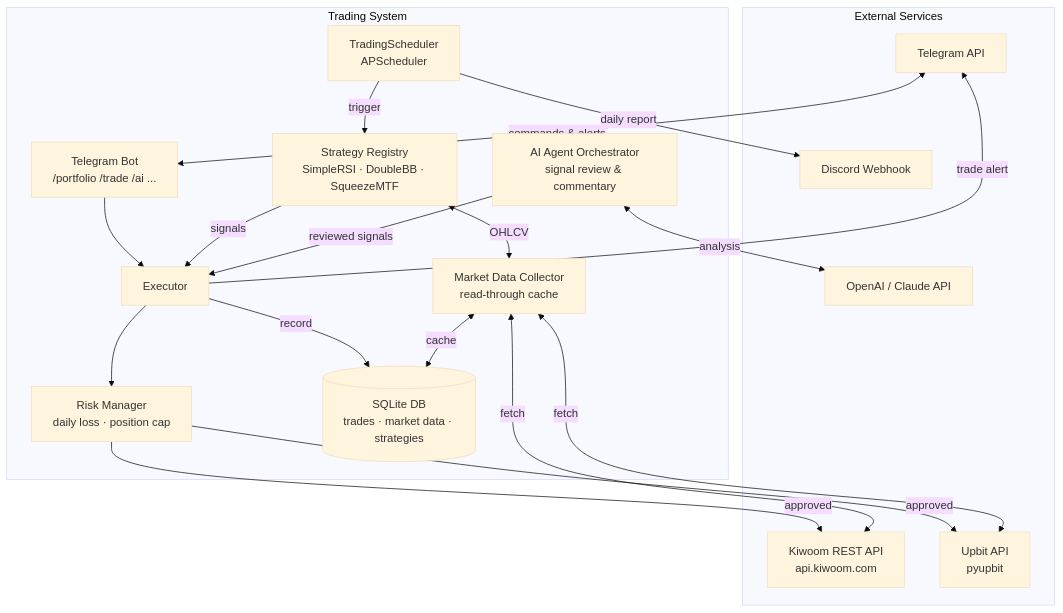
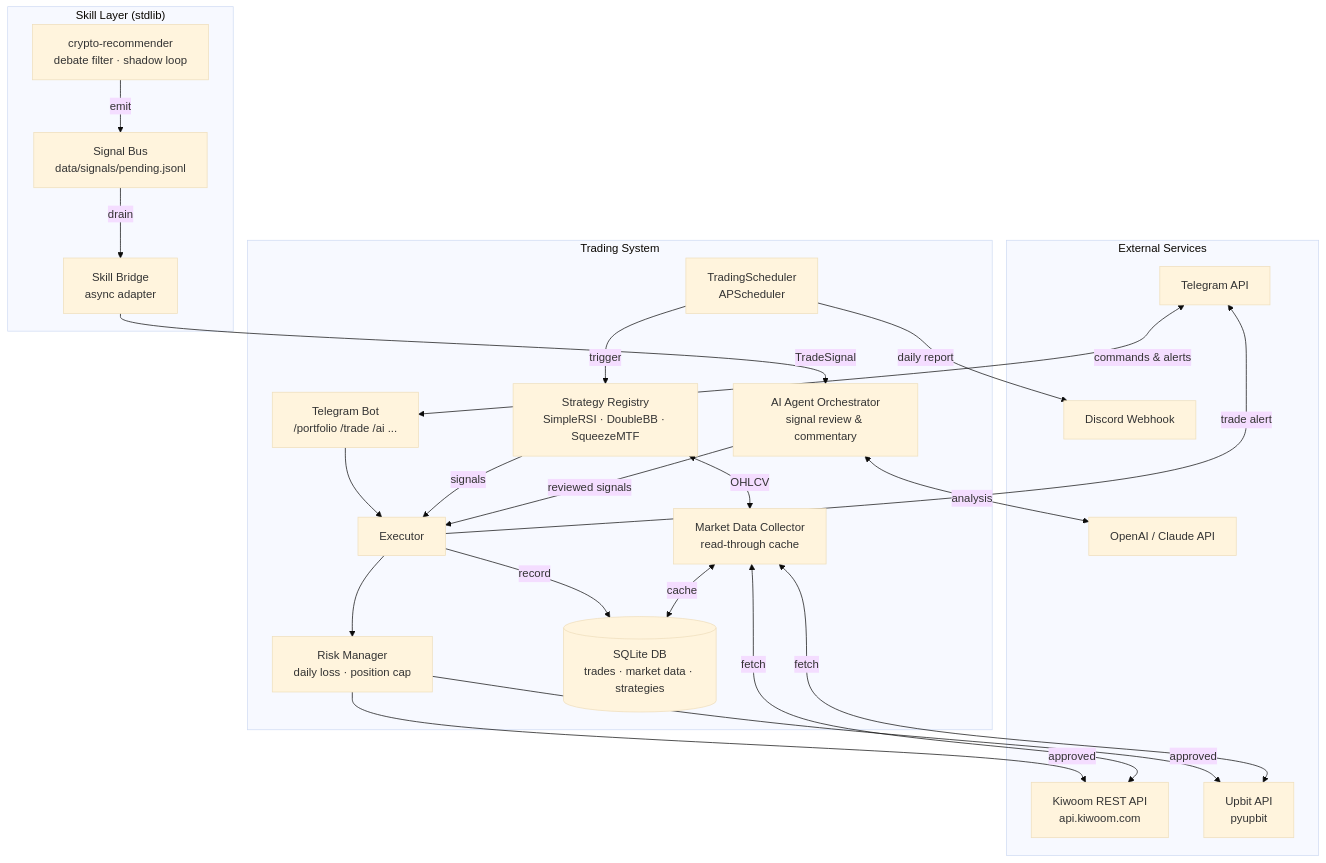
One commit to bongho/trading-system-public changed the first of 3 diagrams in README.md. Above: the diagram before and after it, drawn with Mermaid (base theme). The commit also changed other lines of this file, not shown here.

First line of the commit message:
docs: update README for skill layer loose coupling (phase 7)

````diff
--- a/README.md
+++ b/README.md
@@ -25,38 +29,47 @@
 ```mermaid
 graph TB
     subgraph External["External Services"]
         KW[Kiwoom REST API<br/>api.kiwoom.com]
         UB[Upbit API<br/>pyupbit]
         TG[Telegram API]
         DC[Discord Webhook]
         AI[OpenAI / Claude API]
     end
 
     subgraph Core["Trading System"]
         BOT[Telegram Bot<br/>/portfolio /trade /ai ...]
         SCH[TradingScheduler<br/>APScheduler]
         STR[Strategy Registry<br/>SimpleRSI · DoubleBB · SqueezeMTF]
         AGT[AI Agent Orchestrator<br/>signal review & commentary]
         EXE[Executor]
         RM[Risk Manager<br/>daily loss · position cap]
         COL[Market Data Collector<br/>read-through cache]
         DB[(SQLite DB<br/>trades · market data · strategies)]
     end
 
+    subgraph Skills["Skill Layer (stdlib)"]
+        SK[crypto-recommender<br/>debate filter · shadow loop]
+        BUS[Signal Bus<br/>data/signals/pending.jsonl]
+        SB[Skill Bridge<br/>async adapter]
+    end
+
     TG <-->|commands & alerts| BOT
     BOT --> EXE
     SCH -->|trigger| STR
+    SK -->|emit| BUS
+    BUS -->|drain| SB
+    SB -->|TradeSignal| AGT
     STR -->|signals| EXE
     STR <-->|OHLCV| COL
     AGT <-->|analysis| AI
     AGT -->|reviewed signals| EXE
     EXE --> RM
     RM -->|approved| KW
     RM -->|approved| UB
     EXE -->|record| DB
     COL <-->|cache| DB
     COL <-->|fetch| KW
     COL <-->|fetch| UB
     EXE -->|trade alert| TG
     SCH -->|daily report| DC
 ```
````
